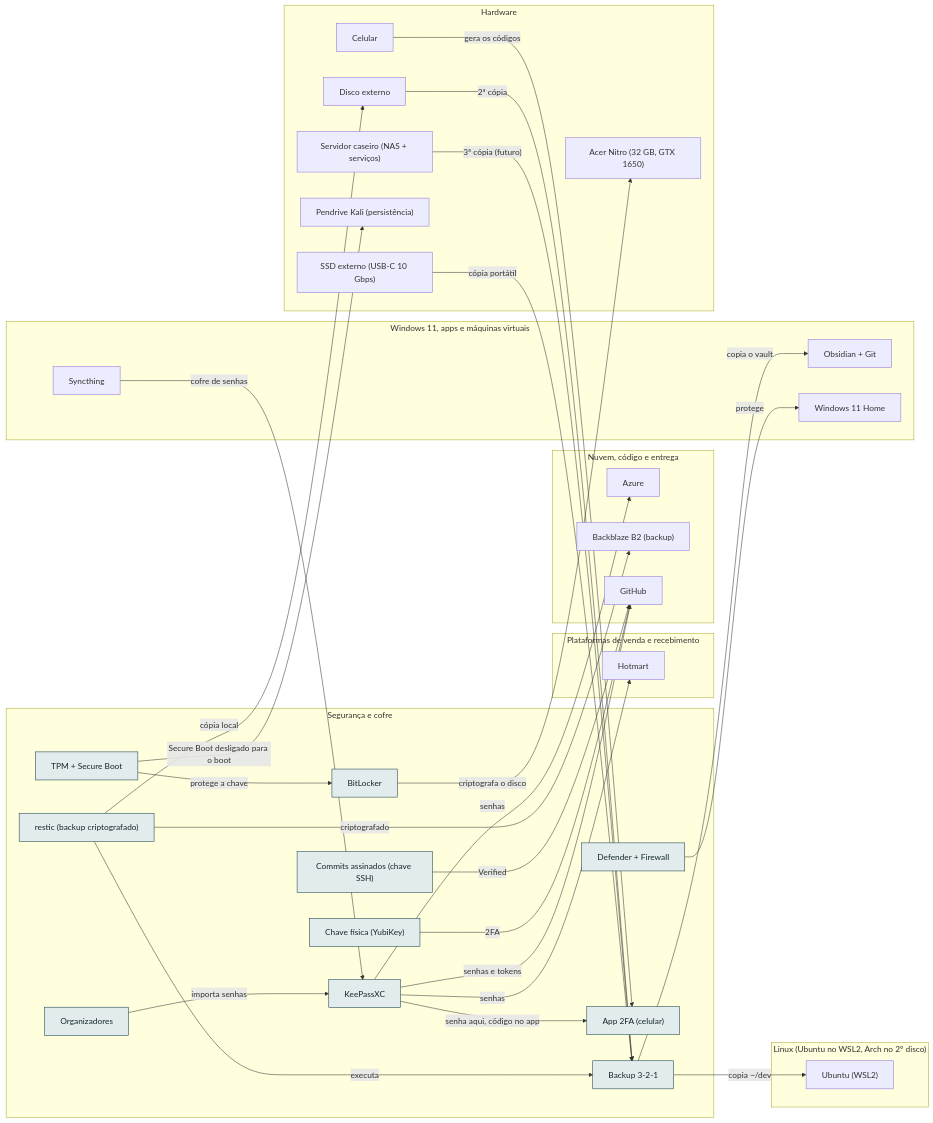
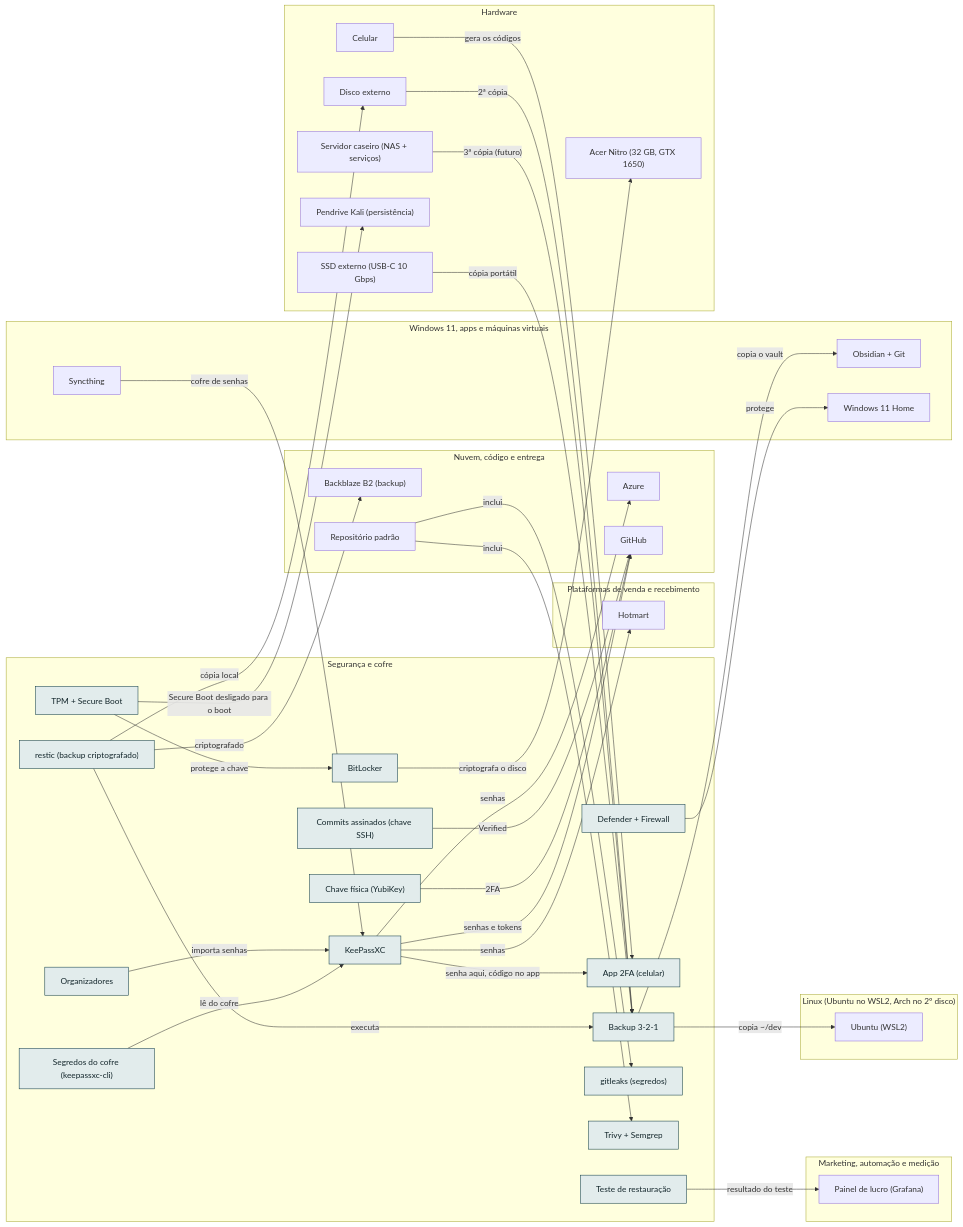
One commit to AlanMateus17/dev-setup changed the diagram in docs/camadas/02-seg.md. Above: the diagram before and after it, drawn with Mermaid. The commit also changed other lines of this file and 56 other files, not shown here.

````diff
--- a/docs/camadas/02-seg.md
+++ b/docs/camadas/02-seg.md
@@ -14,62 +14,74 @@
 ```mermaid
 flowchart LR
   subgraph L_seg["Segurança e cofre"]
     n_sign["Commits assinados (chave SSH)"]
     n_restic["restic (backup criptografado)"]
     n_ykey["Chave física (YubiKey)"]
     n_tpm["TPM + Secure Boot"]
     n_bitl["BitLocker"]
     n_def["Defender + Firewall"]
     n_kee["KeePassXC"]
     n_tfa["App 2FA (celular)"]
     n_bkp["Backup 3-2-1"]
     n_organizar["Organizadores"]
+    n_gitleaks["gitleaks (segredos)"]
+    n_trivy["Trivy + Semgrep"]
+    n_segredos["Segredos do cofre (keepassxc-cli)"]
+    n_restauracao["Teste de restauração"]
+  end
+  subgraph L_mkt["Marketing, automação e medição"]
+    n_painel["Painel de lucro (Grafana)"]
   end
   subgraph L_venda["Plataformas de venda e recebimento"]
     n_hotm["Hotmart"]
   end
   subgraph L_nuvem["Nuvem, código e entrega"]
     n_azure["Azure"]
     n_b2["Backblaze B2 (backup)"]
     n_gh["GitHub"]
+    n_repopadrao["Repositório padrão"]
   end
   subgraph L_lin["Linux (Ubuntu no WSL2, Arch no 2º disco)"]
     n_wsl["Ubuntu (WSL2)"]
   end
   subgraph L_win["Windows 11, apps e máquinas virtuais"]
     n_obsd["Obsidian + Git"]
     n_syncth["Syncthing"]
     n_w11["Windows 11 Home"]
   end
   subgraph L_hw["Hardware"]
     n_cel["Celular"]
     n_ext["Disco externo"]
     n_nas["Servidor caseiro (NAS + serviços)"]
     n_nb["Acer Nitro (32 GB, GTX 1650)"]
     n_pkali["Pendrive Kali (persistência)"]
     n_ssdext["SSD externo (USB-C 10 Gbps)"]
   end
   n_sign -->|"Verified"| n_gh
   n_restic -->|"cópia local"| n_ext
   n_restic -->|"executa"| n_bkp
   n_restic -->|"criptografado"| n_b2
   n_ykey -->|"2FA"| n_gh
   n_tpm -->|"protege a chave"| n_bitl
   n_tpm -->|"Secure Boot desligado para o boot"| n_pkali
   n_bitl -->|"criptografa o disco"| n_nb
   n_def -->|"protege"| n_w11
   n_kee -->|"senha aqui, código no app"| n_tfa
   n_kee -->|"senhas e tokens"| n_gh
   n_kee -->|"senhas"| n_hotm
   n_kee -->|"senhas"| n_azure
   n_syncth -->|"cofre de senhas"| n_kee
   n_organizar -->|"importa senhas"| n_kee
+  n_segredos -->|"lê do cofre"| n_kee
   n_cel -->|"gera os códigos"| n_tfa
   n_bkp -->|"copia ~/dev"| n_wsl
   n_bkp -->|"copia o vault"| n_obsd
   n_ext -->|"2ª cópia"| n_bkp
   n_nas -->|"3ª cópia (futuro)"| n_bkp
   n_ssdext -->|"cópia portátil"| n_bkp
+  n_repopadrao -->|"inclui"| n_gitleaks
+  n_repopadrao -->|"inclui"| n_trivy
+  n_restauracao -->|"resultado do teste"| n_painel
   classDef desta fill:#e2ecec,stroke:#0e3a45,color:#13262b
-  class n_sign,n_restic,n_ykey,n_tpm,n_bitl,n_def,n_kee,n_tfa,n_bkp,n_organizar desta
+  class n_sign,n_restic,n_ykey,n_tpm,n_bitl,n_def,n_kee,n_tfa,n_bkp,n_organizar,n_gitleaks,n_trivy,n_segredos,n_restauracao desta
 ```
````
